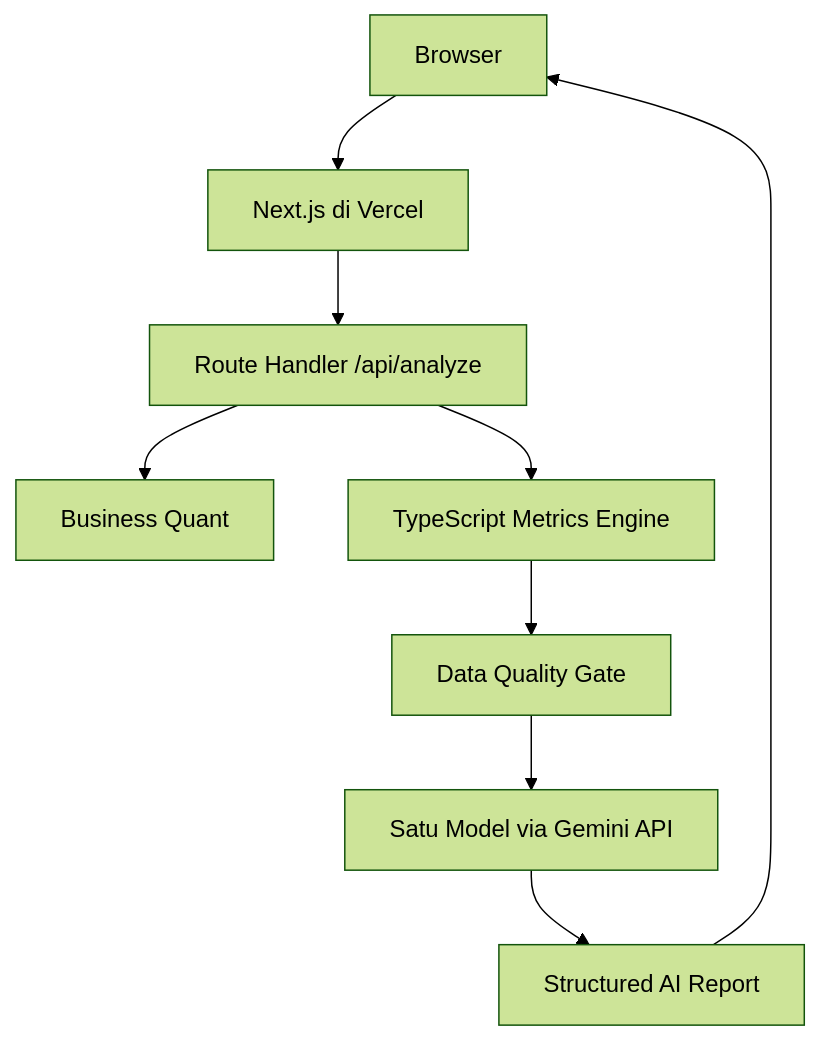
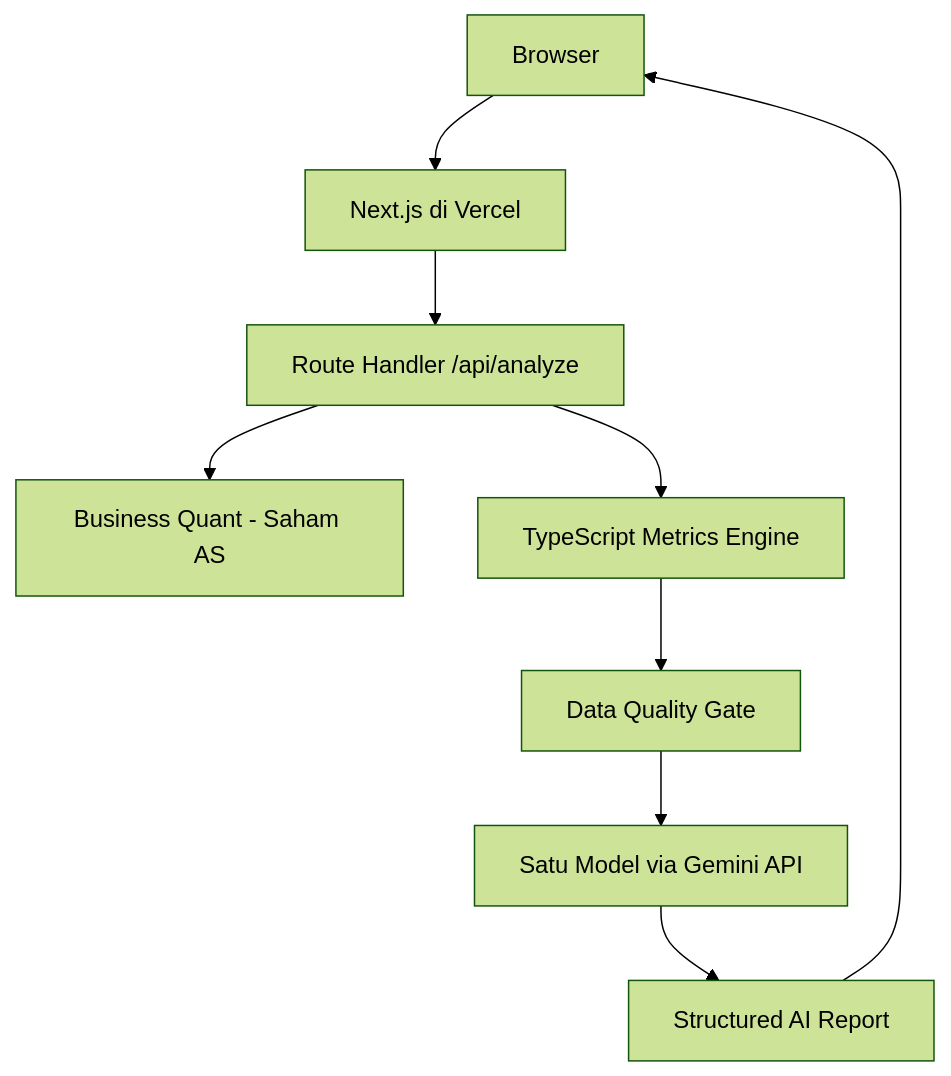
The second of 3 diagrams in docs/PROPOSAL_DRAFT.md (VilianZ/StockFrame), drawn with Mermaid (forest theme) before and after one commit. The commit also changed other lines of this file and 46 other files, not shown here.

````diff
--- a/docs/PROPOSAL_DRAFT.md
+++ b/docs/PROPOSAL_DRAFT.md
@@ -161,11 +165,11 @@
 ```mermaid
 flowchart TD
     B[Browser] --> A[Next.js di Vercel]
     A --> R[Route Handler /api/analyze]
-    R --> BQ[Business Quant]
+    R --> BQ[Business Quant - Saham AS]
     R --> ME[TypeScript Metrics Engine]
     ME --> DQ[Data Quality Gate]
-    DQ --> OR[Satu Model via Gemini API]
-    OR --> FR[Structured AI Report]
+    DQ --> AI[Satu Model via Gemini API]
+    AI --> FR[Structured AI Report]
     FR --> B
 ```
````
